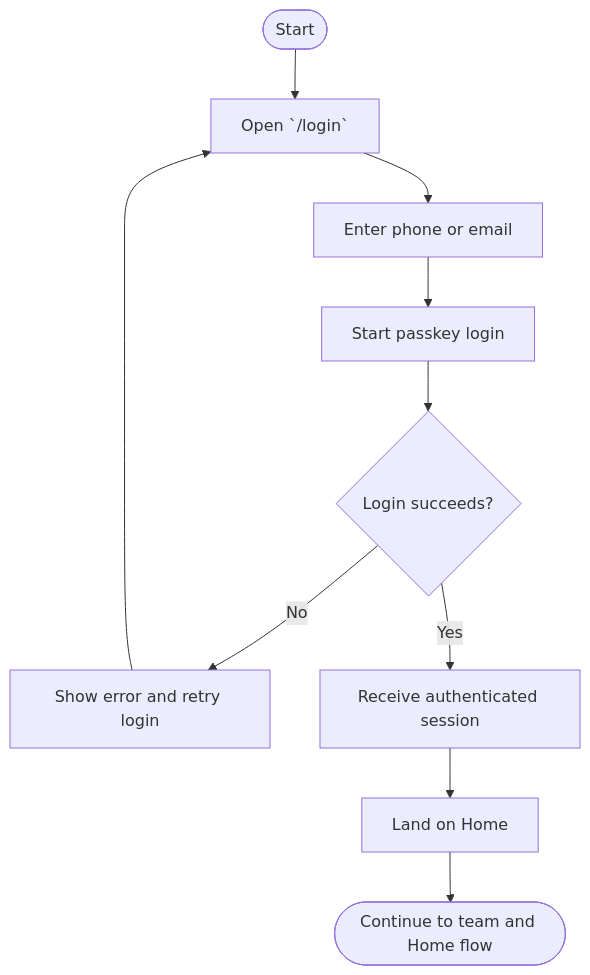
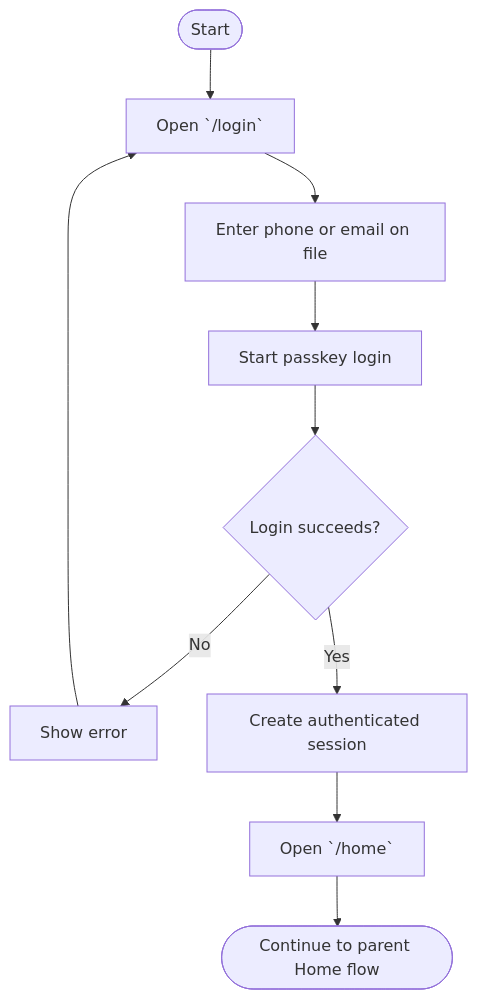
One commit to kazes5/soccer changed diagram 15 of 21 in docs/flow-charts.md. Above: the diagram before and after it, drawn with Mermaid. The commit also changed other lines of this file and 1 other file, not shown here.

Commit message:
Split admin and parent flows and refine Hebrew copy

````diff
--- a/docs/flow-charts.md
+++ b/docs/flow-charts.md
@@ -52,12 +293,12 @@
 ```mermaid
 flowchart TD
     A([Start]) --> B[Open `/login`]
-    B --> C[Enter phone or email]
+    B --> C[Enter phone or email on file]
     C --> D[Start passkey login]
     D --> E{Login succeeds?}
-    E -->|No| F[Show error and retry login]
+    E -->|No| F[Show error]
     F --> B
-    E -->|Yes| G[Receive authenticated session]
-    G --> H[Land on Home]
-    H --> I([Continue to team and Home flow])
+    E -->|Yes| G[Create authenticated session]
+    G --> H[Open `/home`]
+    H --> I([Continue to parent Home flow])
 ```
````
